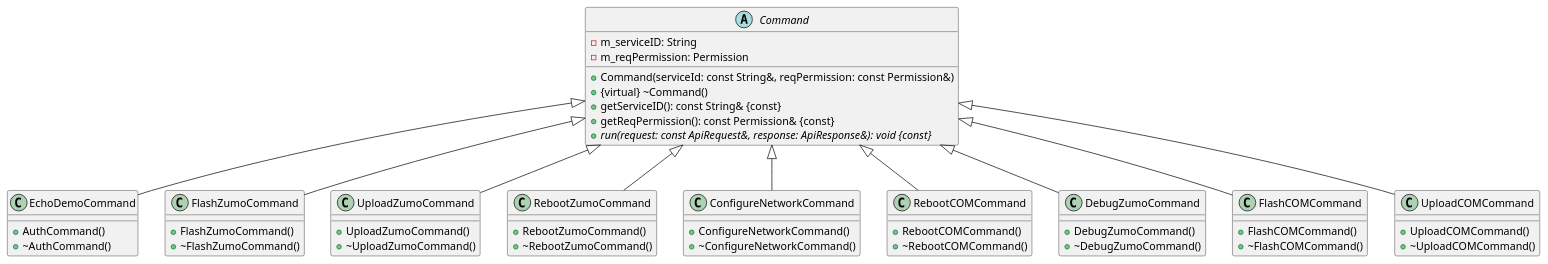
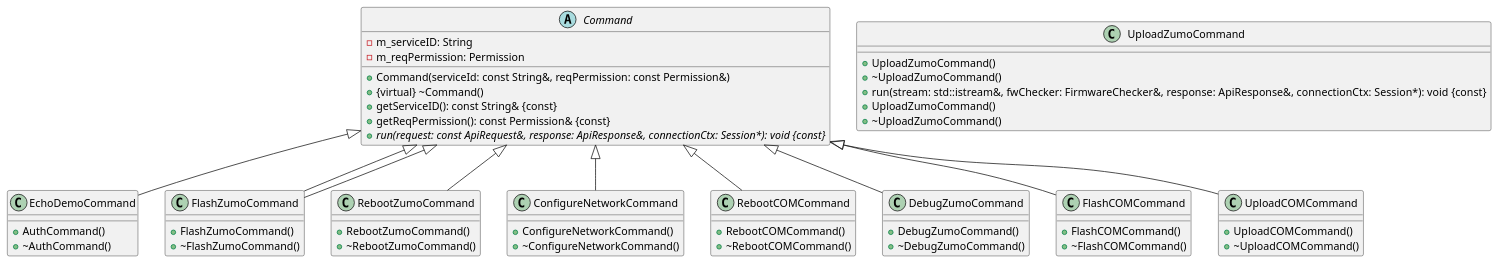
The diagram in doc/design/server/ClassDiagrams/03_Commands.plantuml (NewTec-GmbH/ZumoComSystem), drawn with PlantUML before and after one commit. The commit also changed 36 other files, not shown here.

Commit message:
feature(server): Implement initial UploadZumoFirmware service #34

```diff
--- a/doc/design/server/ClassDiagrams/03_Commands.plantuml
+++ b/doc/design/server/ClassDiagrams/03_Commands.plantuml
@@ -1,77 +1,85 @@
 @startuml
 
 abstract class Command
 {
     - m_serviceID: String
     - m_reqPermission: Permission
     + Command(serviceId: const String&, reqPermission: const Permission&)
     + {virtual} ~Command()
     + getServiceID(): const String& {const}
     + getReqPermission(): const Permission& {const}
-    + {abstract} run(request: const ApiRequest&, response: ApiResponse&): void {const}
+    + {abstract} run(request: const ApiRequest&, response: ApiResponse&, connectionCtx: Session*): void {const}
 }
 
 class EchoDemoCommand
 {
     + AuthCommand()
     + ~AuthCommand()
 }
 Command <|-down-EchoDemoCommand
 
 class FlashZumoCommand
 {
     + FlashZumoCommand()
     + ~FlashZumoCommand()
 }
 Command <|-down-FlashZumoCommand
 
 class UploadZumoCommand
 {
     + UploadZumoCommand()
     + ~UploadZumoCommand()
+    + run(stream: std::istream&, fwChecker: FirmwareChecker&, response: ApiResponse&, connectionCtx: Session*):  void {const}
 }
-Command <|-down-UploadZumoCommand
+
+class UploadZumoCommand
+{
+    + UploadZumoCommand()
+    + ~UploadZumoCommand()
+}
+Command <|-down-FlashZumoCommand
 
 class RebootZumoCommand
 {
     + RebootZumoCommand()
     + ~RebootZumoCommand()
 
 }
 Command <|-down-RebootZumoCommand
 
 class ConfigureNetworkCommand
 {
     + ConfigureNetworkCommand()
     + ~ConfigureNetworkCommand()
 }
 Command <|-down-ConfigureNetworkCommand
 
 class RebootCOMCommand
 {
     + RebootCOMCommand()
     + ~RebootCOMCommand()
 }
 Command <|-down-RebootCOMCommand
 
 class DebugZumoCommand
 {
     + DebugZumoCommand()
     + ~DebugZumoCommand()
 }
 Command <|-down-DebugZumoCommand
 
 class FlashCOMCommand
 {
     + FlashCOMCommand()
     + ~FlashCOMCommand()
 }
 Command <|-down-FlashCOMCommand
 
 class UploadCOMCommand
 {
     + UploadCOMCommand()
     + ~UploadCOMCommand()
 }
 Command <|-down-UploadCOMCommand
+
 @enduml
```
